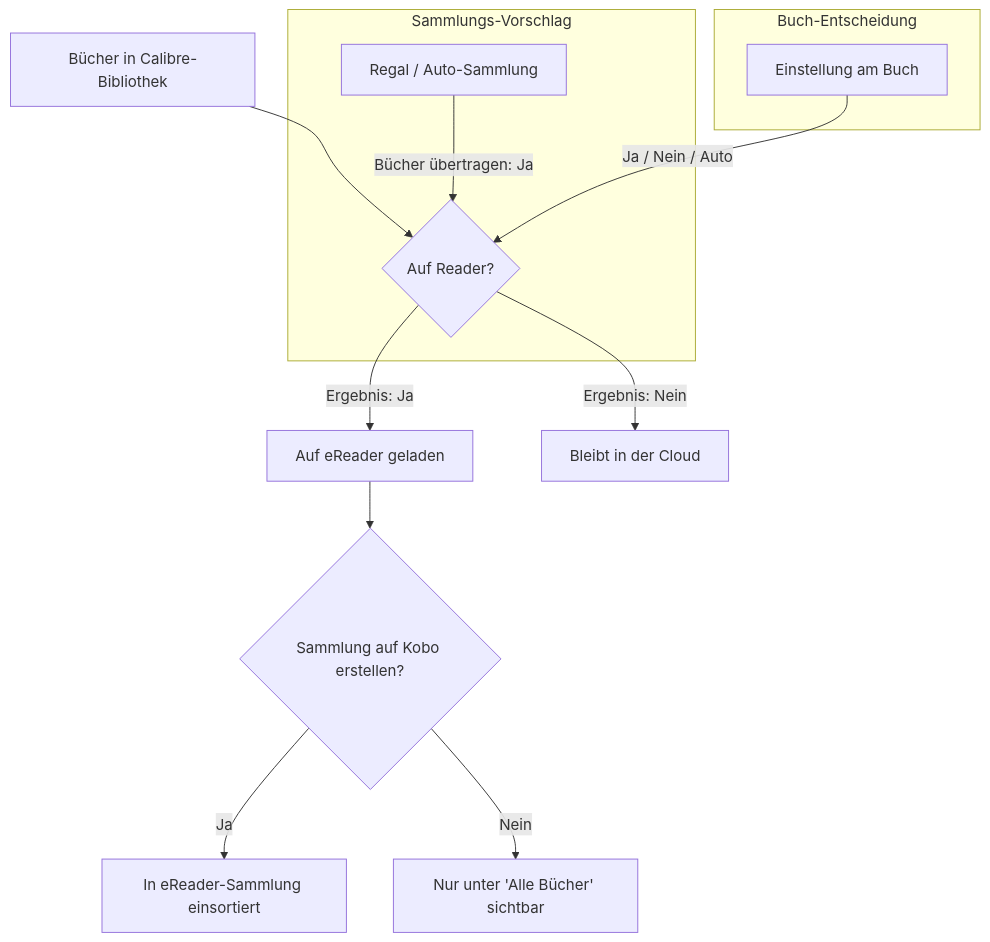
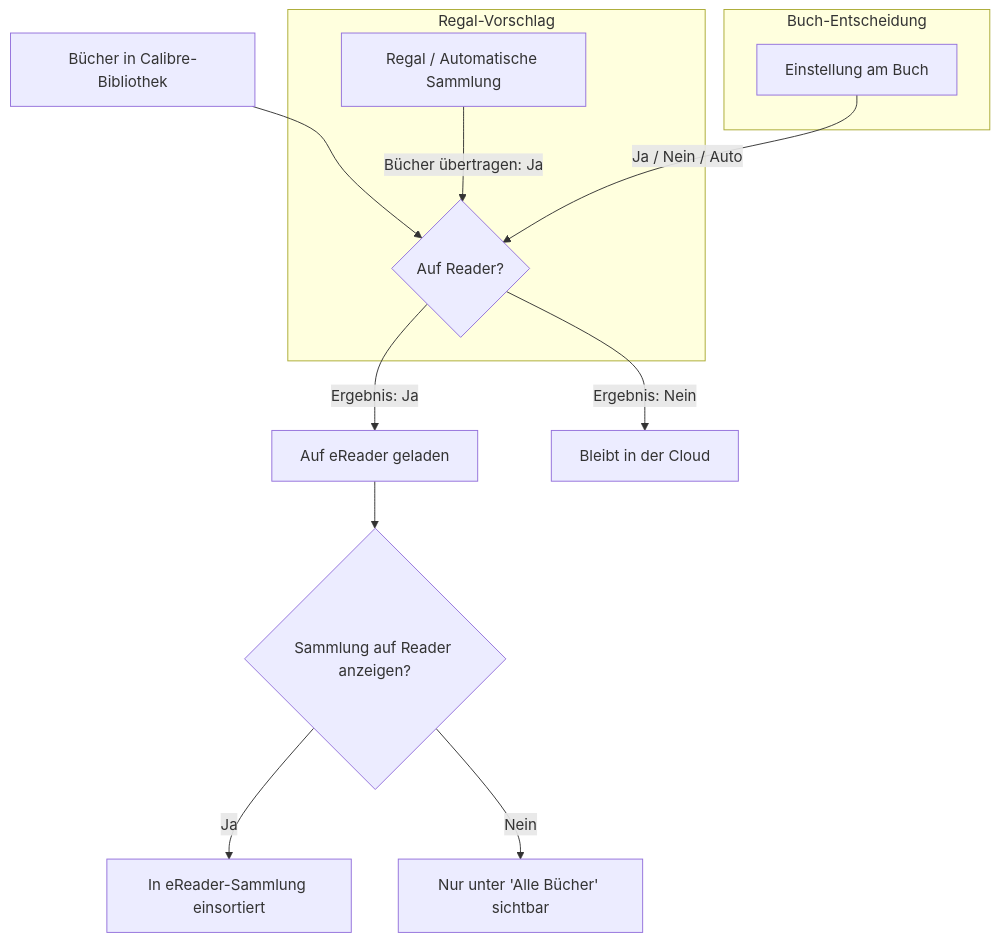
The diagram in docs/alexandria/kobo-reader-model.md (crocodilestick/Calibre-Web-Automated), drawn with Mermaid before and after one commit. The commit also changed other lines of this file, not shown here.

Commit message:
address reviewer findings on kobo reader model concept

````diff
--- a/docs/alexandria/kobo-reader-model.md
+++ b/docs/alexandria/kobo-reader-model.md
@@ -16,19 +16,19 @@
 ```mermaid
 graph TD
     A[Bücher in Calibre-Bibliothek] --> B{Auf Reader?}
-    
-    subgraph Sammlungs-Vorschlag
-        C[Regal / Auto-Sammlung] -->|Bücher übertragen: Ja| B
+
+    subgraph Regal-Vorschlag
+        C[Regal / Automatische Sammlung] -->|Bücher übertragen: Ja| B
     end
-    
+
     subgraph Buch-Entscheidung
         D[Einstellung am Buch] -->|Ja / Nein / Auto| B
     end
-    
+
     B -->|Ergebnis: Ja| E[Auf eReader geladen]
     B -->|Ergebnis: Nein| F[Bleibt in der Cloud]
-    
-    E --> G{Sammlung auf Kobo erstellen?}
+
+    E --> G{Sammlung auf Reader anzeigen?}
     G -->|Ja| H[In eReader-Sammlung einsortiert]
     G -->|Nein| I[Nur unter 'Alle Bücher' sichtbar]
 ```
````
